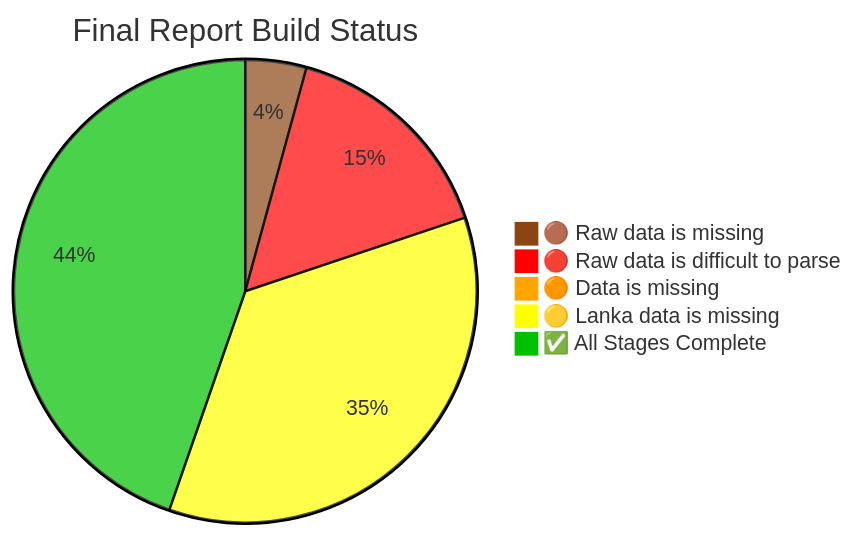
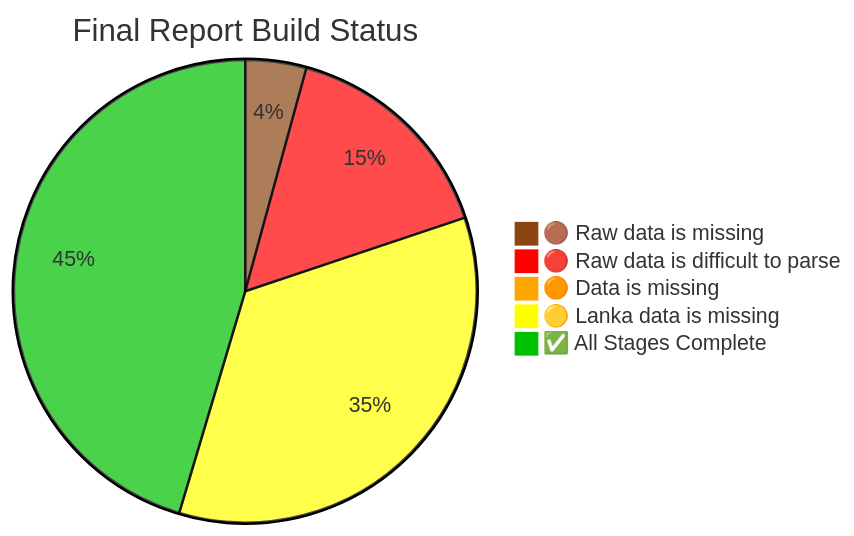
One commit to nuuuwan/lk_census_2024 changed the diagram in README.md. Above: the diagram before and after it, drawn with Mermaid. The commit also changed other lines of this file and 3 other files, not shown here.

Commit message:
Update README and JSON files for Total Fertility Rate, including new lanka_data.json and adjustments to data structure attributes for 2024

````diff
--- a/README.md
+++ b/README.md
@@ -220,9 +220,9 @@
 ```mermaid
 %%{init: {"theme": "base", "themeVariables": {"pie1": "#8B4513", "pie2": "#FF0000", "pie3": "#FFA500", "pie4": "#FFFF00", "pie5": "#00c000"}}}%%
 pie title Final Report Build Status
 "🟤 Raw data is missing" : 6
     "🔴 Raw data is difficult to parse" : 22
     "🟠 Data is missing" : 1
-    "🟡 Lanka data is missing" : 50
-    "✅ All Stages Complete" : 63
+    "🟡 Lanka data is missing" : 49
+    "✅ All Stages Complete" : 64
 ```
````
